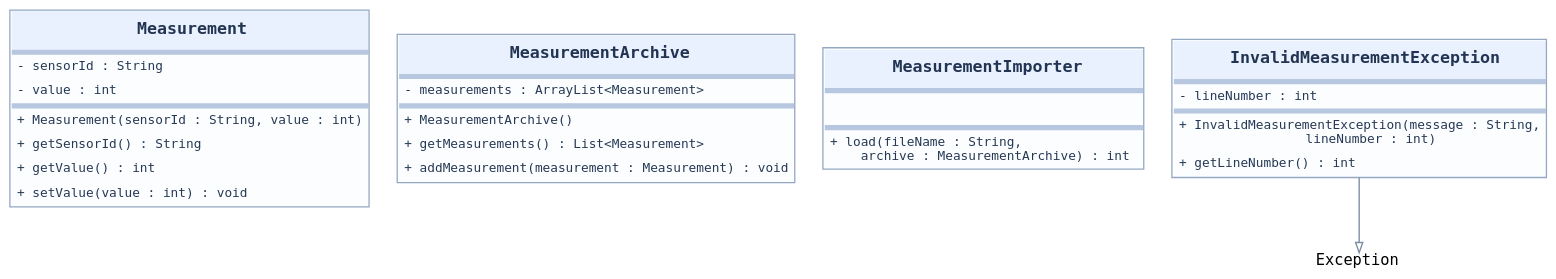
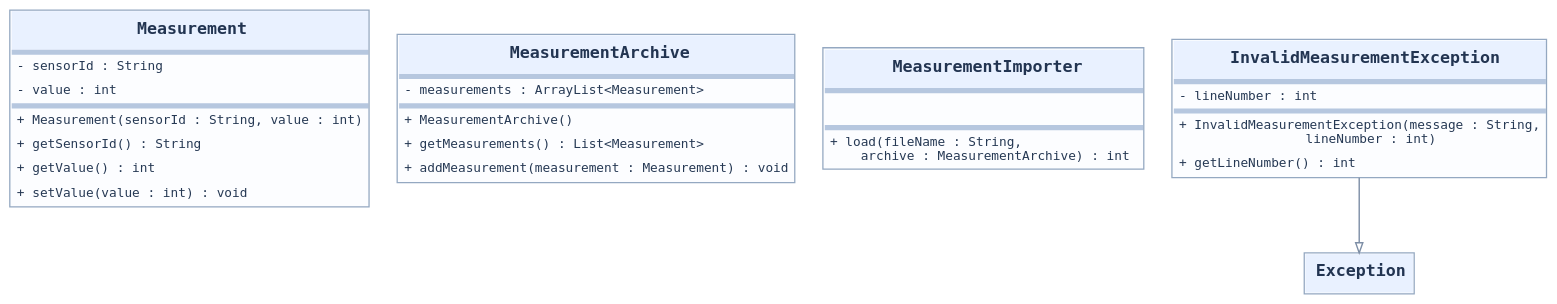
Before and after one commit to edetroll/java-oop: the diagram in content/chapters/13-kivetelek/media/task-5-hu.dot, drawn with Graphviz. The commit also changed 44 other files, not shown here.

```diff
--- a/content/chapters/13-kivetelek/media/task-5-hu.dot
+++ b/content/chapters/13-kivetelek/media/task-5-hu.dot
@@ -1,11 +1,11 @@
 digraph UML {
 graph [rankdir=TB, bgcolor="transparent", nodesep="0.30", ranksep="0.50", pad="0.12", splines=polyline];
 node [shape=plain];
 edge [color="#7d8ea6", penwidth=1.1, arrowsize=0.8];
 "Measurement" [label=<<TABLE BORDER="1" COLOR="#94a8c1" CELLBORDER="0" CELLSPACING="0" BGCOLOR="#fcfdff"><TR><TD ALIGN="CENTER" CELLPADDING="8" BGCOLOR="#e9f1ff"><FONT FACE="DejaVu Sans Mono" POINT-SIZE="13" COLOR="#223451"><B>Measurement</B></FONT></TD></TR><TR><TD BGCOLOR="#b6c7df" HEIGHT="2"></TD></TR><TR><TD ALIGN="LEFT" CELLPADDING="4"><FONT FACE="DejaVu Sans Mono" POINT-SIZE="10" COLOR="#263954">- sensorId : String</FONT></TD></TR><TR><TD ALIGN="LEFT" CELLPADDING="4"><FONT FACE="DejaVu Sans Mono" POINT-SIZE="10" COLOR="#263954">- value : int</FONT></TD></TR><TR><TD BGCOLOR="#b6c7df" HEIGHT="2"></TD></TR><TR><TD ALIGN="LEFT" CELLPADDING="4"><FONT FACE="DejaVu Sans Mono" POINT-SIZE="10" COLOR="#263954">+ Measurement(sensorId : String, value : int)</FONT></TD></TR><TR><TD ALIGN="LEFT" CELLPADDING="4"><FONT FACE="DejaVu Sans Mono" POINT-SIZE="10" COLOR="#263954">+ getSensorId() : String</FONT></TD></TR><TR><TD ALIGN="LEFT" CELLPADDING="4"><FONT FACE="DejaVu Sans Mono" POINT-SIZE="10" COLOR="#263954">+ getValue() : int</FONT></TD></TR><TR><TD ALIGN="LEFT" CELLPADDING="4"><FONT FACE="DejaVu Sans Mono" POINT-SIZE="10" COLOR="#263954">+ setValue(value : int) : void</FONT></TD></TR></TABLE>>];
 "MeasurementArchive" [label=<<TABLE BORDER="1" COLOR="#94a8c1" CELLBORDER="0" CELLSPACING="0" BGCOLOR="#fcfdff"><TR><TD ALIGN="CENTER" CELLPADDING="8" BGCOLOR="#e9f1ff"><FONT FACE="DejaVu Sans Mono" POINT-SIZE="13" COLOR="#223451"><B>MeasurementArchive</B></FONT></TD></TR><TR><TD BGCOLOR="#b6c7df" HEIGHT="2"></TD></TR><TR><TD ALIGN="LEFT" CELLPADDING="4"><FONT FACE="DejaVu Sans Mono" POINT-SIZE="10" COLOR="#263954">- measurements : ArrayList&lt;Measurement&gt;</FONT></TD></TR><TR><TD BGCOLOR="#b6c7df" HEIGHT="2"></TD></TR><TR><TD ALIGN="LEFT" CELLPADDING="4"><FONT FACE="DejaVu Sans Mono" POINT-SIZE="10" COLOR="#263954">+ MeasurementArchive()</FONT></TD></TR><TR><TD ALIGN="LEFT" CELLPADDING="4"><FONT FACE="DejaVu Sans Mono" POINT-SIZE="10" COLOR="#263954">+ getMeasurements() : List&lt;Measurement&gt;</FONT></TD></TR><TR><TD ALIGN="LEFT" CELLPADDING="4"><FONT FACE="DejaVu Sans Mono" POINT-SIZE="10" COLOR="#263954">+ addMeasurement(measurement : Measurement) : void</FONT></TD></TR></TABLE>>];
 "MeasurementImporter" [label=<<TABLE BORDER="1" COLOR="#94a8c1" CELLBORDER="0" CELLSPACING="0" BGCOLOR="#fcfdff"><TR><TD ALIGN="CENTER" CELLPADDING="8" BGCOLOR="#e9f1ff"><FONT FACE="DejaVu Sans Mono" POINT-SIZE="13" COLOR="#223451"><B>MeasurementImporter</B></FONT></TD></TR><TR><TD BGCOLOR="#b6c7df" HEIGHT="2"></TD></TR><TR><TD ALIGN="LEFT" CELLPADDING="5"> </TD></TR><TR><TD BGCOLOR="#b6c7df" HEIGHT="2"></TD></TR><TR><TD ALIGN="LEFT" CELLPADDING="4"><FONT FACE="DejaVu Sans Mono" POINT-SIZE="10" COLOR="#263954">+ load(fileName : String,<BR ALIGN="LEFT"/>     archive : MeasurementArchive) : int</FONT></TD></TR></TABLE>>];
 "InvalidMeasurementException" [label=<<TABLE BORDER="1" COLOR="#94a8c1" CELLBORDER="0" CELLSPACING="0" BGCOLOR="#fcfdff"><TR><TD ALIGN="CENTER" CELLPADDING="8" BGCOLOR="#e9f1ff"><FONT FACE="DejaVu Sans Mono" POINT-SIZE="13" COLOR="#223451"><B>InvalidMeasurementException</B></FONT></TD></TR><TR><TD BGCOLOR="#b6c7df" HEIGHT="2"></TD></TR><TR><TD ALIGN="LEFT" CELLPADDING="4"><FONT FACE="DejaVu Sans Mono" POINT-SIZE="10" COLOR="#263954">- lineNumber : int</FONT></TD></TR><TR><TD BGCOLOR="#b6c7df" HEIGHT="2"></TD></TR><TR><TD ALIGN="LEFT" CELLPADDING="4"><FONT FACE="DejaVu Sans Mono" POINT-SIZE="10" COLOR="#263954">+ InvalidMeasurementException(message : String,<BR ALIGN="LEFT"/>     lineNumber : int)</FONT></TD></TR><TR><TD ALIGN="LEFT" CELLPADDING="4"><FONT FACE="DejaVu Sans Mono" POINT-SIZE="10" COLOR="#263954">+ getLineNumber() : int</FONT></TD></TR></TABLE>>];
-"Exception" [shape=plain, label=<<FONT FACE="DejaVu Sans Mono" POINT-SIZE="12">Exception</FONT>>];
+"Exception" [label=<<TABLE BORDER="1" COLOR="#94a8c1" CELLBORDER="0" CELLSPACING="0" BGCOLOR="#fcfdff"><TR><TD ALIGN="CENTER" CELLPADDING="8" BGCOLOR="#e9f1ff"><FONT FACE="DejaVu Sans Mono" POINT-SIZE="13" COLOR="#223451"><B>Exception</B></FONT></TD></TR></TABLE>>];
 "InvalidMeasurementException" -> "Exception" [arrowhead="empty"];
 }
```
